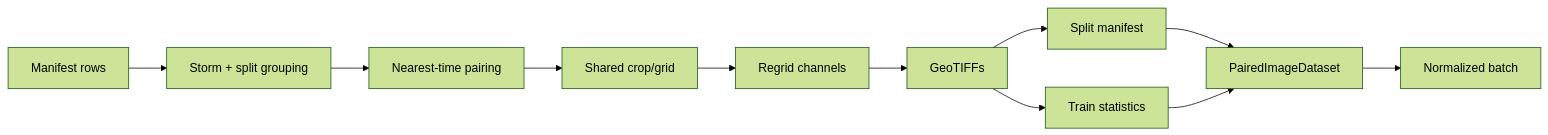
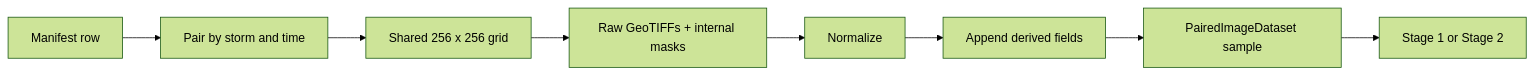
The diagram in docs/data/index.md (simon-donike/geo2wf), drawn with Mermaid (forest theme) before and after one commit. The commit also changed other lines of this file and 25 other files, not shown here.

````diff
--- a/docs/data/index.md
+++ b/docs/data/index.md
@@ -5,13 +115,10 @@
 ```mermaid
 flowchart LR
-  A[Manifest rows] --> B[Storm + split grouping]
-  B --> C[Nearest-time pairing]
-  C --> D[Shared crop/grid]
-  D --> E[Regrid channels]
-  E --> F[GeoTIFFs]
-  F --> G[Split manifest]
-  F --> H[Train statistics]
-  G --> I[PairedImageDataset]
-  H --> I
-  I --> J[Normalized batch]
+  A[Manifest row] --> B[Pair by storm and time]
+  B --> C[Shared 256 x 256 grid]
+  C --> D[Raw GeoTIFFs + internal masks]
+  D --> E[Normalize]
+  E --> F[Append derived fields]
+  F --> G[PairedImageDataset sample]
+  G --> H[Stage 1 or Stage 2]
 ```
````
